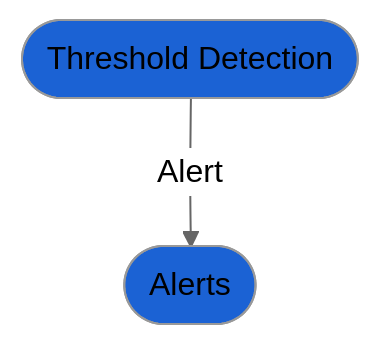
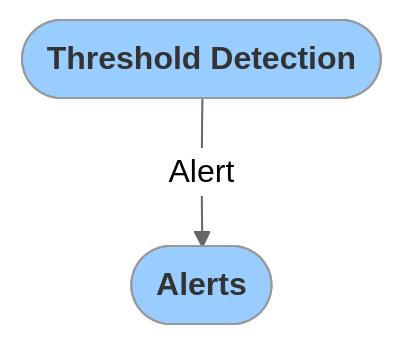
Before and after one commit to grillo/grillo-docs: the diagram in docs/grillo-console/modules/introduction.md, drawn with Mermaid (neutral theme). The commit also changed 38 other files, not shown here.

````diff
--- a/docs/grillo-console/modules/introduction.md
+++ b/docs/grillo-console/modules/introduction.md
@@ -18,6 +18,6 @@
 ```mermaid
 flowchart TB
-   B([Threshold Detection])-->|Alert| C([Alerts])
-   style B fill:#1b62d4
-   style C fill:#1b62d4
+   B([<font color=333333><b>Threshold Detection</b>])-->|Alert| C([<font color=333333><b>Alerts</b>])
+   style B fill:#99CCFF
+   style C fill:#99CCFF
 ```
````
